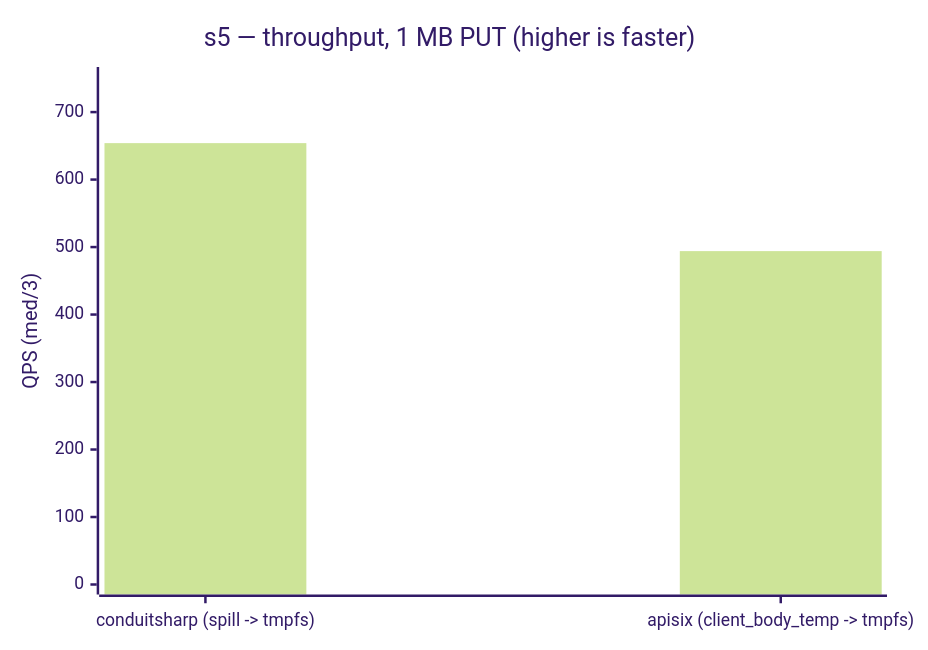
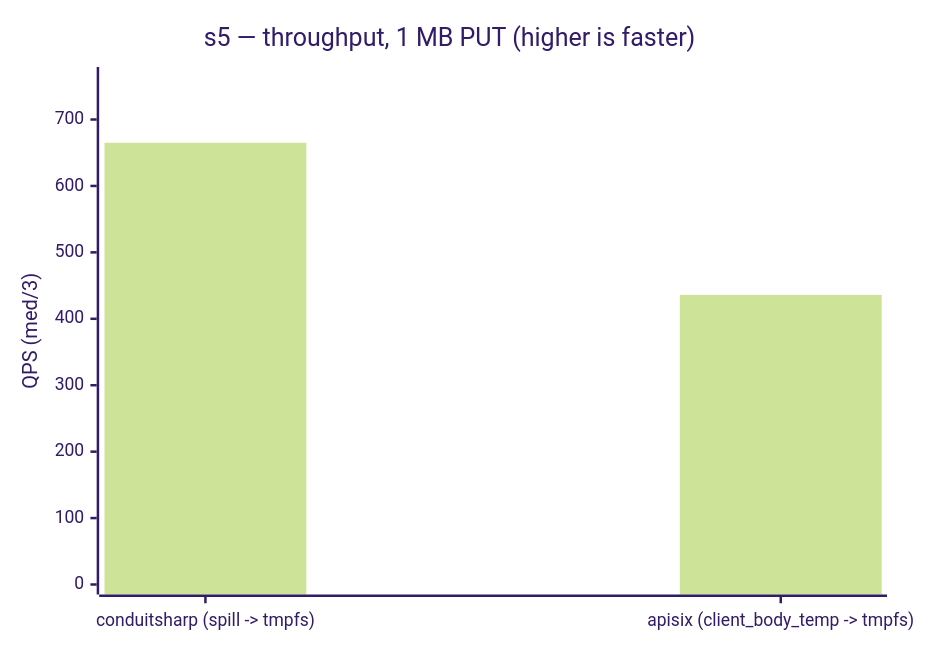
The second of 2 diagrams in benchmarks/load/README.md (liqngliz/ConduitSharp), drawn with Mermaid (forest theme) before and after one commit. The commit also changed other lines of this file and 1 other file, not shown here.

````diff
--- a/benchmarks/load/README.md
+++ b/benchmarks/load/README.md
@@ -132,7 +132,7 @@
 ```mermaid
 xychart-beta
     title "s5 — throughput, 1 MB PUT (higher is faster)"
     x-axis ["conduitsharp (spill -> tmpfs)", "apisix (client_body_temp -> tmpfs)"]
-    y-axis "QPS (med/3)" 0 --> 752
-    bar [654, 494]
+    y-axis "QPS (med/3)" 0 --> 764
+    bar [665, 436]
 ```
````
